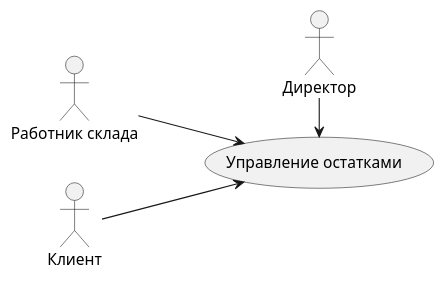
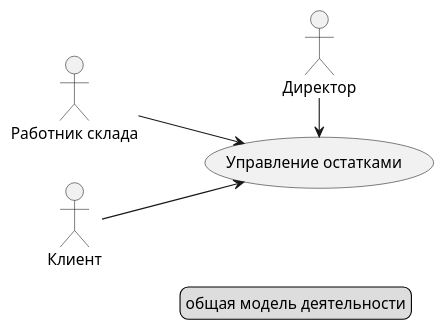
One commit to Karlen1110/dpo-designing changed the diagram in Ivans_diagrams/usecase1.plantuml. Above: the diagram before and after it, drawn with PlantUML. The commit also changed 1 other file, not shown here.

```diff
--- a/Ivans_diagrams/usecase1.plantuml
+++ b/Ivans_diagrams/usecase1.plantuml
@@ -1,13 +1,16 @@
 @startuml "usic1"
 left to right direction
 actor "Директор" as d
 actor "Работник склада" as r
 actor "Клиент" as c
 
+legend right
+общая модель деятельности
+endlegend
 
   usecase "Управление остатками " as u1
 
 d -> u1
 r --> u1
 c --> u1
 @enduml
```
